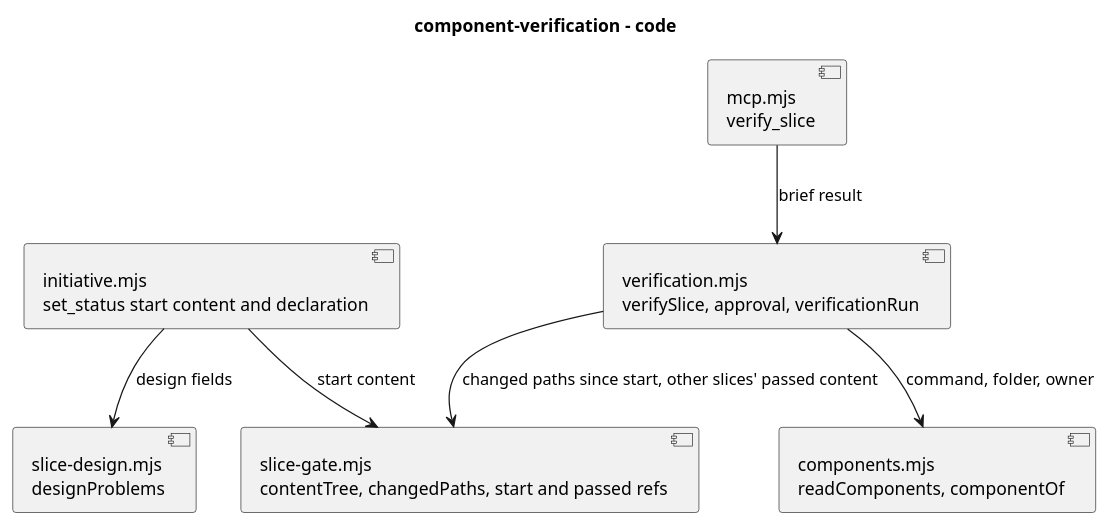
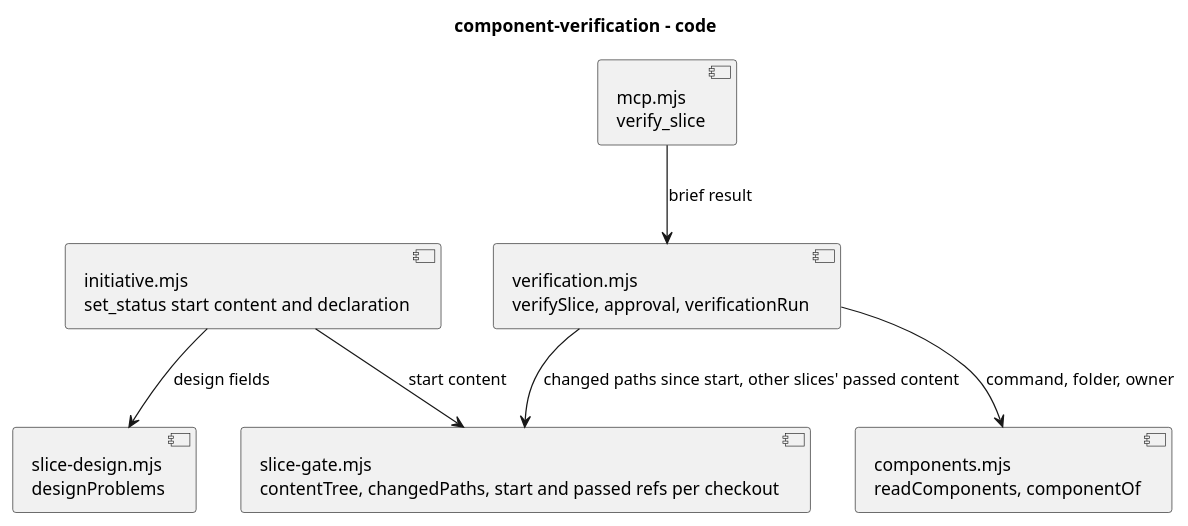
Before and after one commit to RumyantsevMichael/Prism: the diagram in docs/plans/components/component-verification/code.puml, drawn with PlantUML. The commit also changed 4 other files, not shown here.

First line of the commit message:
chore: keep each checkout's start content refs and fail an undeclared start

```diff
--- a/docs/plans/components/component-verification/code.puml
+++ b/docs/plans/components/component-verification/code.puml
@@ -1,14 +1,14 @@
 @startuml
 title component-verification - code
 component "verification.mjs\nverifySlice, approval, verificationRun" as Verification
-component "slice-gate.mjs\ncontentTree, changedPaths, start and passed refs" as Gate
+component "slice-gate.mjs\ncontentTree, changedPaths, start and passed refs per checkout" as Gate
 component "components.mjs\nreadComponents, componentOf" as Components
 component "initiative.mjs\nset_status start content and declaration" as Initiative
 component "slice-design.mjs\ndesignProblems" as Design
 component "mcp.mjs\nverify_slice" as Mcp
 Verification --> Components : command, folder, owner
 Verification --> Gate : changed paths since start, other slices' passed content
 Initiative --> Gate : start content
 Initiative --> Design : design fields
 Mcp --> Verification : brief result
 @enduml
```
